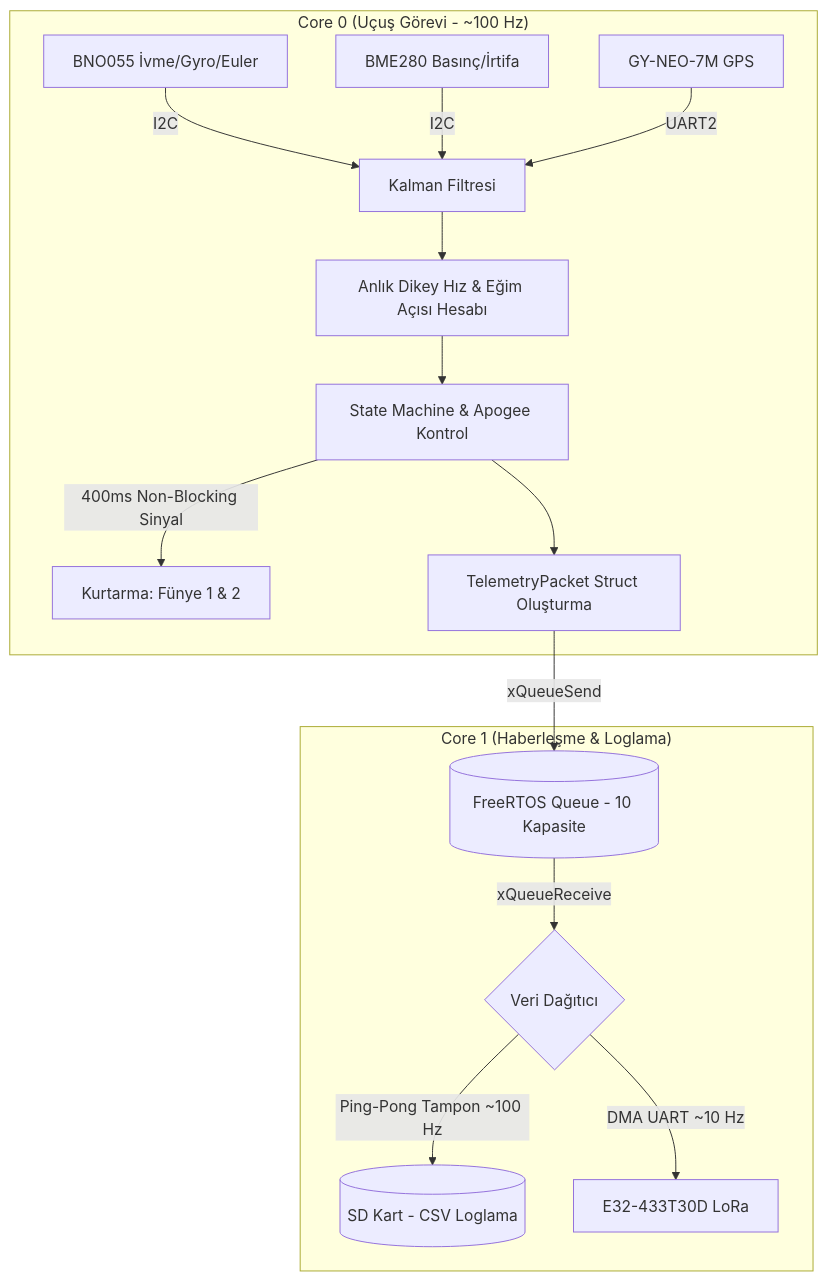
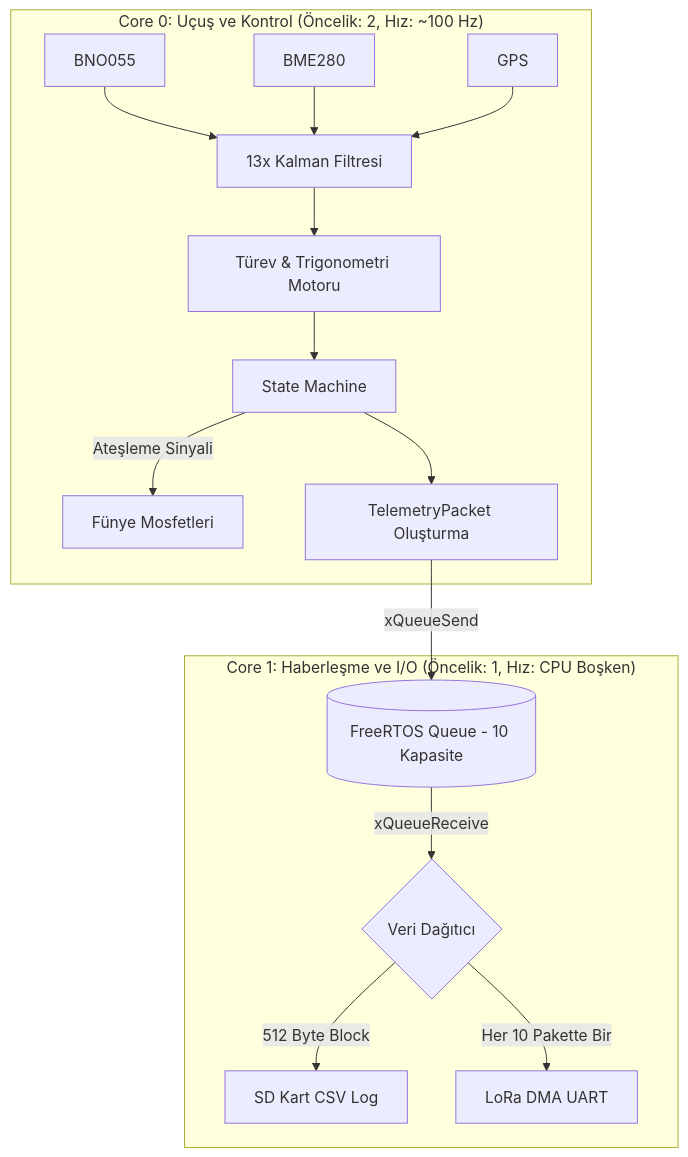
Before and after one commit to RaX0r39/UcusYazilimi2026: the diagram in README.md, drawn with Mermaid. The commit also changed other lines of this file, not shown here.

````diff
--- a/README.md
+++ b/README.md
@@ -33,21 +42,18 @@
 ```mermaid
 graph TD
-    subgraph "Core 0 (Uçuş Görevi - ~100 Hz)"
-        S1[BNO055 İvme/Gyro/Euler] --> |I2C| K1[Kalman Filtresi]
-        S2[BME280 Basınç/İrtifa] --> |I2C| K1
-        S3[GY-NEO-7M GPS] --> |UART2| K1
-        
-        K1 --> CALC[Anlık Dikey Hız & Eğim Açısı Hesabı]
-        CALC --> SM[State Machine & Apogee Kontrol]
-        SM --> |400ms Non-Blocking Sinyal| R[Kurtarma: Fünye 1 & 2]
-        SM --> P[TelemetryPacket Struct Oluşturma]
+    subgraph "Core 0: Uçuş ve Kontrol (Öncelik: 2, Hız: ~100 Hz)"
+        S1[BNO055] & S2[BME280] & S3[GPS] --> KF[13x Kalman Filtresi]
+        KF --> CALC[Türev & Trigonometri Motoru]
+        CALC --> SM[State Machine]
+        SM --> |Ateşleme Sinyali| F1[Fünye Mosfetleri]
+        SM --> PKT[TelemetryPacket Oluşturma]
     end
 
-    subgraph "Core 1 (Haberleşme & Loglama)"
-        Q --> |xQueueReceive| D{Veri Dağıtıcı}
-        D --> |Ping-Pong Tampon ~100 Hz| SD[(SD Kart - CSV Loglama)]
-        D --> |DMA UART ~10 Hz| LR[E32-433T30D LoRa]
+    subgraph "Core 1: Haberleşme ve I/O (Öncelik: 1, Hız: CPU Boşken)"
+        Q --> |xQueueReceive| DISPATCH{Veri Dağıtıcı}
+        DISPATCH --> |512 Byte Block| SD[SD Kart CSV Log]
+        DISPATCH --> |Her 10 Pakette Bir| LORA[LoRa DMA UART]
     end
 
-    P -->|xQueueSend| Q[(FreeRTOS Queue - 10 Kapasite)]
+    PKT -->|xQueueSend| Q[(FreeRTOS Queue - 10 Kapasite)]
 ```
````
